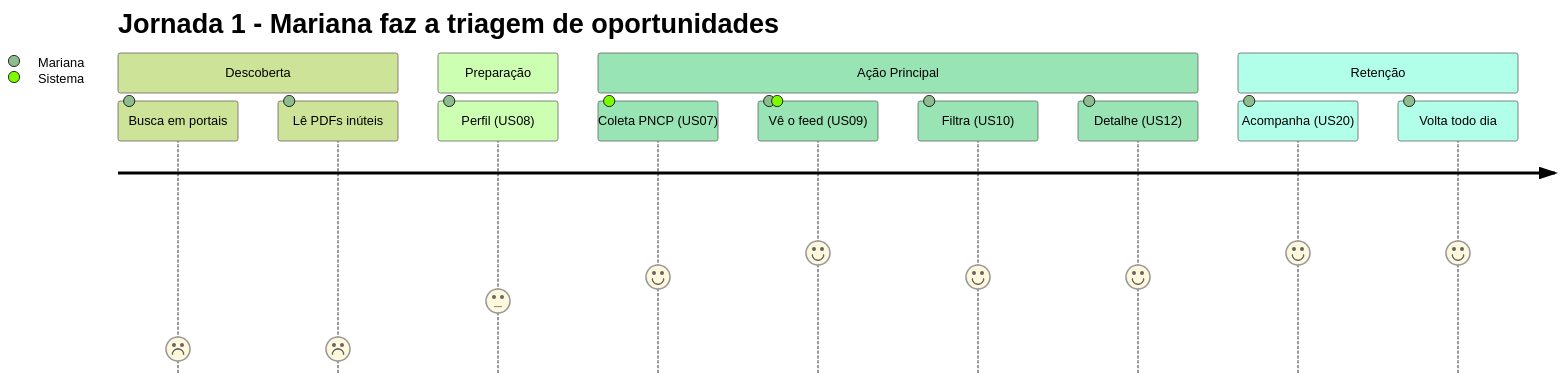
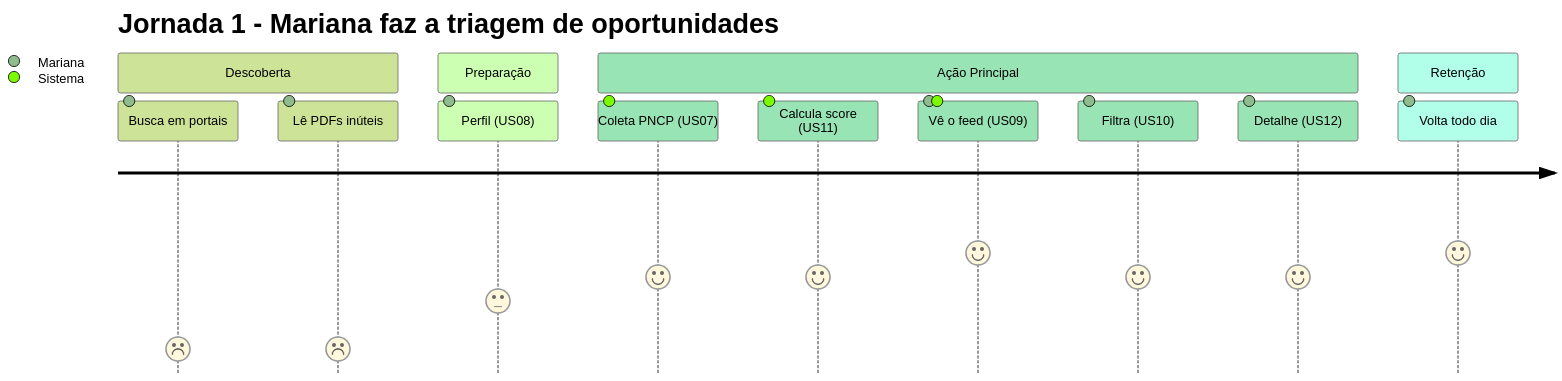
The first of 5 diagrams in docs/requirements/produto/jornadas.md (LicitaRad4r/documentation), drawn with Mermaid (forest theme) before and after one commit. The commit also changed other lines of this file and 1 other file, not shown here.

````diff
--- a/docs/requirements/produto/jornadas.md
+++ b/docs/requirements/produto/jornadas.md
@@ -27,17 +44,17 @@
 ```mermaid
 journey
     title Jornada 1 - Mariana faz a triagem de oportunidades
     section Descoberta
       Busca em portais: 1: Mariana
       Lê PDFs inúteis: 1: Mariana
     section Preparação
       Perfil (US08): 3: Mariana
     section Ação Principal
       Coleta PNCP (US07): 4: Sistema
+      Calcula score (US11): 4: Sistema
       Vê o feed (US09): 5: Mariana, Sistema
       Filtra (US10): 4: Mariana
       Detalhe (US12): 4: Mariana
     section Retenção
-      Acompanha (US20): 5: Mariana
       Volta todo dia: 5: Mariana
 ```
````
